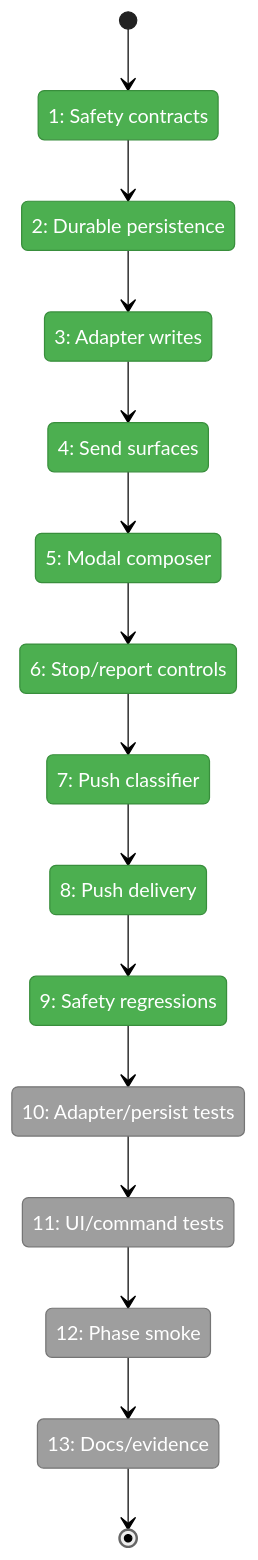
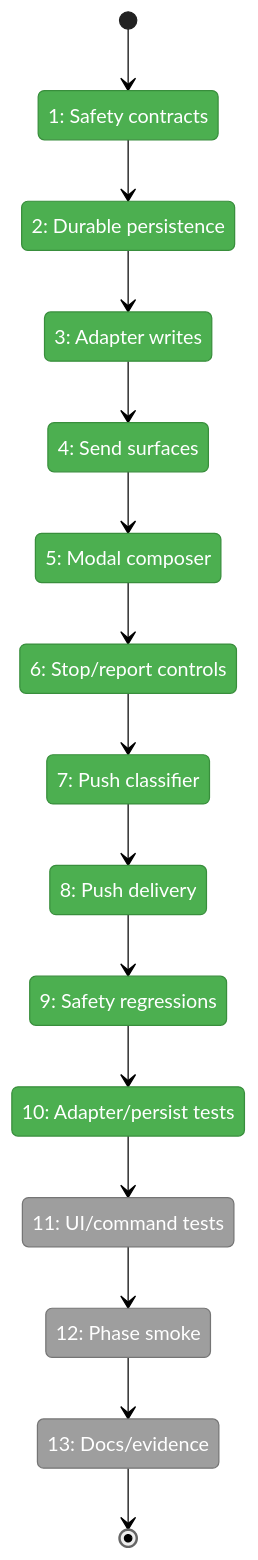
Before and after one commit to vaughanknight/pij: the first of 2 diagrams in docs/plans/007-options-for-pi-extensions-that-do-subagents/tasks/phase-3-interaction-push-context-and-hardening/tasks.fltplan.md, drawn with Mermaid (neutral theme). The commit also changed other lines of this file and 3 other files, not shown here.

````diff
--- a/docs/plans/007-options-for-pi-extensions-that-do-subagents/tasks/phase-3-interaction-push-context-and-hardening/tasks.fltplan.md
+++ b/docs/plans/007-options-for-pi-extensions-that-do-subagents/tasks/phase-3-interaction-push-context-and-hardening/tasks.fltplan.md
@@ -43,39 +43,39 @@
 ```mermaid
 stateDiagram-v2
     classDef pending fill:#9E9E9E,stroke:#757575,color:#fff
     classDef active fill:#FFC107,stroke:#FFA000,color:#000
     classDef done fill:#4CAF50,stroke:#388E3C,color:#fff
     classDef blocked fill:#F44336,stroke:#D32F2F,color:#fff
 
     state "1: Safety contracts" as S1
     state "2: Durable persistence" as S2
     state "3: Adapter writes" as S3
     state "4: Send surfaces" as S4
     state "5: Modal composer" as S5
     state "6: Stop/report controls" as S6
     state "7: Push classifier" as S7
     state "8: Push delivery" as S8
     state "9: Safety regressions" as S9
     state "10: Adapter/persist tests" as S10
     state "11: UI/command tests" as S11
     state "12: Phase smoke" as S12
     state "13: Docs/evidence" as S13
 
     [*] --> S1
     S1 --> S2
     S2 --> S3
     S3 --> S4
     S4 --> S5
     S5 --> S6
     S6 --> S7
     S7 --> S8
     S8 --> S9
     S9 --> S10
     S10 --> S11
     S11 --> S12
     S12 --> S13
     S13 --> [*]
 
-    class S1,S2,S3,S4,S5,S6,S7,S8,S9 done
-    class S10,S11,S12,S13 pending
+    class S1,S2,S3,S4,S5,S6,S7,S8,S9,S10 done
+    class S11,S12,S13 pending
 ```
````
